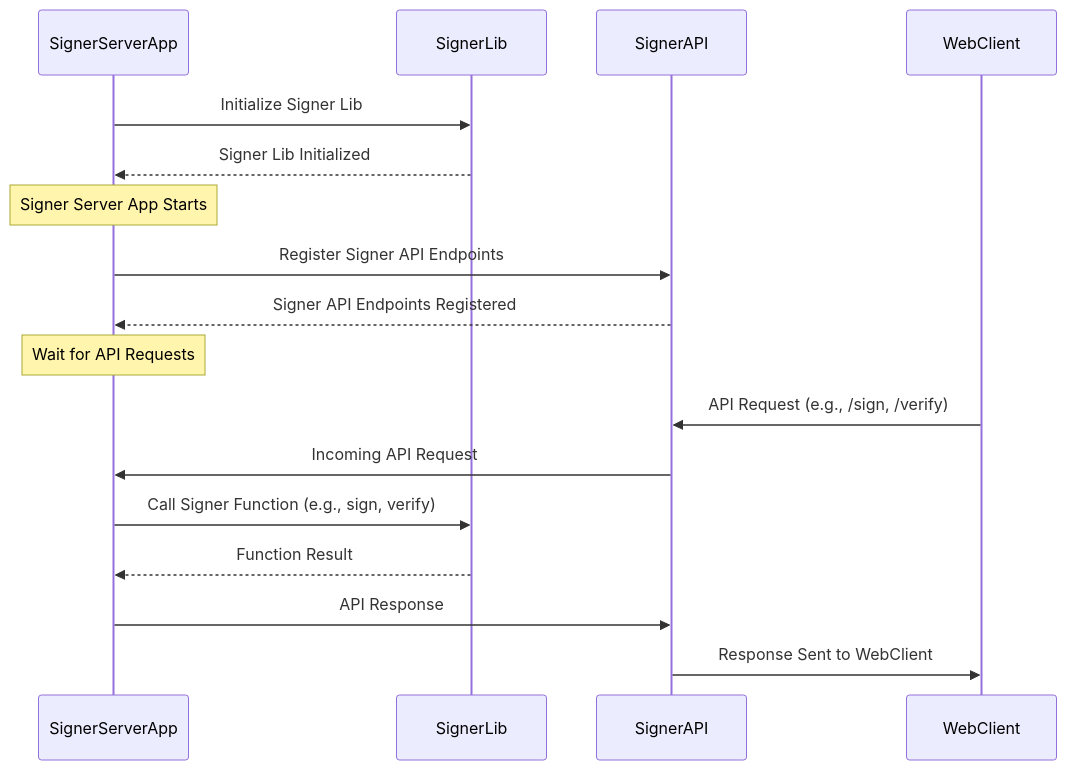
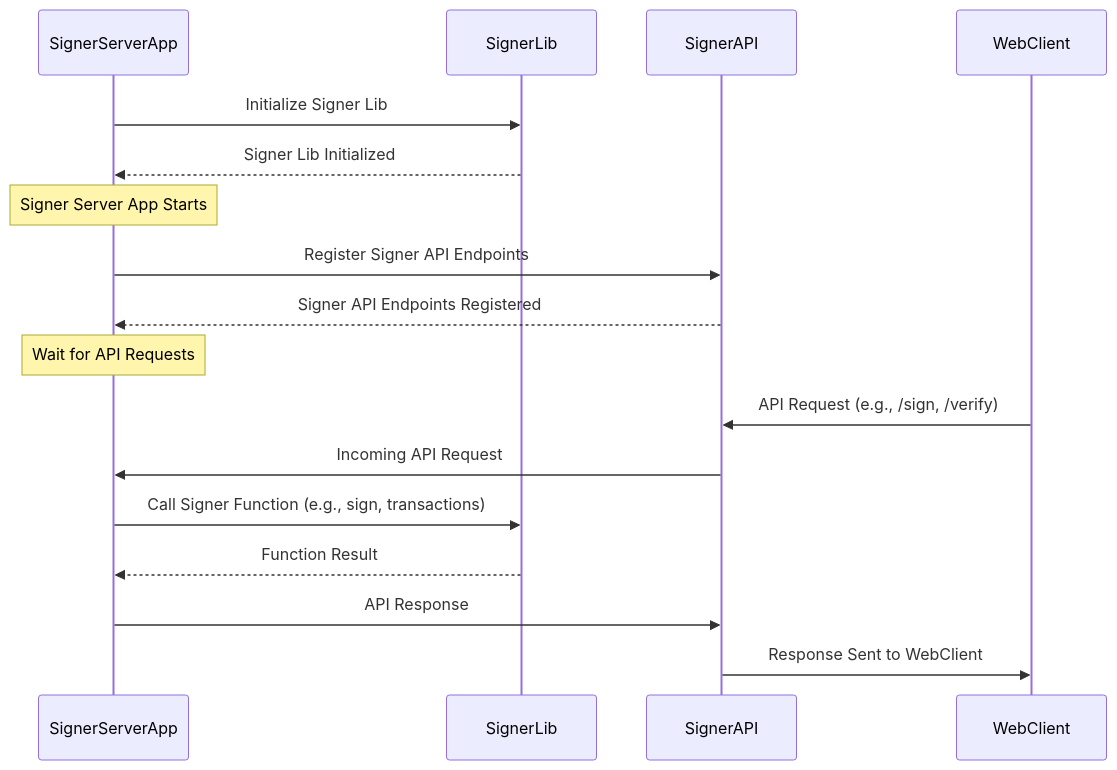
The third of 3 diagrams in stacks-coordinator-mini/README.md (papaya-dao/stacks-sbtc), drawn with Mermaid before and after one commit. The commit also changed other lines of this file, not shown here.

Commit message:
Fix mermaid diagrams to be more up to date

````diff
--- a/stacks-coordinator-mini/README.md
+++ b/stacks-coordinator-mini/README.md
@@ -79,25 +73,25 @@
 ```mermaid
 sequenceDiagram
 participant SignerServerApp
 participant SignerLib
 participant SignerAPI
 participant WebClient
 
 SignerServerApp->>SignerLib: Initialize Signer Lib
 SignerLib-->>SignerServerApp: Signer Lib Initialized
 
 Note over SignerServerApp: Signer Server App Starts
 
 SignerServerApp->>SignerAPI: Register Signer API Endpoints
 SignerAPI-->>SignerServerApp: Signer API Endpoints Registered
 
 Note over SignerServerApp: Wait for API Requests
 
 WebClient->>SignerAPI: API Request (e.g., /sign, /verify)
 SignerAPI->>SignerServerApp: Incoming API Request
-SignerServerApp->>SignerLib: Call Signer Function (e.g., sign, verify)
+SignerServerApp->>SignerLib: Call Signer Function (e.g., sign, transactions)
 SignerLib-->>SignerServerApp: Function Result
 
 SignerServerApp->>SignerAPI: API Response
 SignerAPI->>WebClient: Response Sent to WebClient
 ```
````
